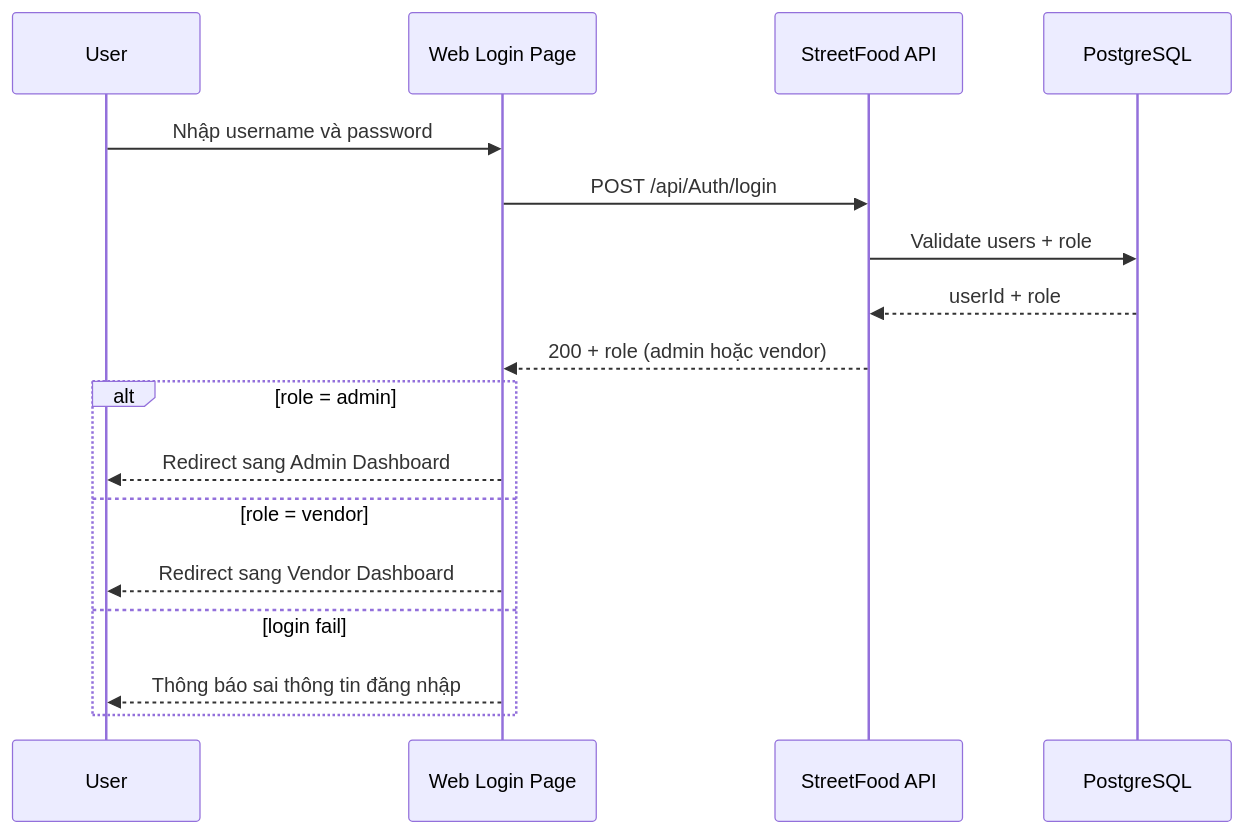
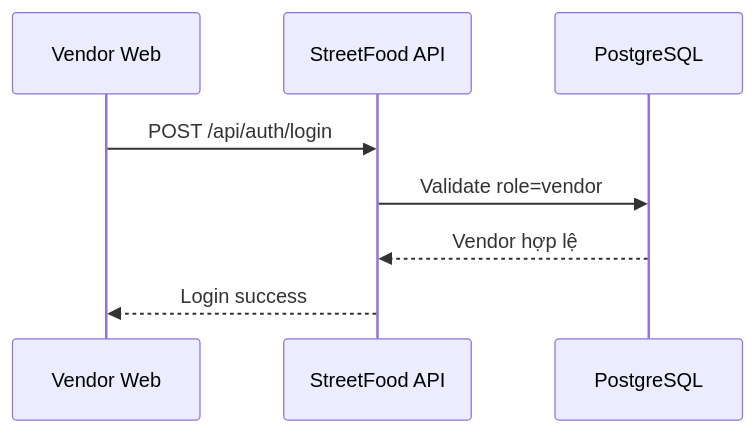
One commit to NguyenPhuc-Du/StreetFood changed diagram 13 of 44 in prd.md. Above: the diagram before and after it, drawn with Mermaid. The commit also changed other lines of this file and 22 other files, not shown here.

````diff
--- a/prd.md
+++ b/prd.md
@@ -859,21 +837,11 @@
 ```mermaid
 sequenceDiagram
-    participant U as User
-    participant W as Web Login Page
+    participant V as Vendor Web
     participant API as StreetFood API
     participant DB as PostgreSQL
 
-    U->>W: Nhập username và password
-    W->>API: POST /api/Auth/login
-    API->>DB: Validate users + role
-    DB-->>API: userId + role
-    API-->>W: 200 + role (admin hoặc vendor)
-
-    alt role = admin
-        W-->>U: Redirect sang Admin Dashboard
-    else role = vendor
-        W-->>U: Redirect sang Vendor Dashboard
-    else login fail
-        W-->>U: Thông báo sai thông tin đăng nhập
-    end
+    V->>API: POST /api/auth/login
+    API->>DB: Validate role=vendor
+    DB-->>API: Vendor hợp lệ
+    API-->>V: Login success
 ```
````
